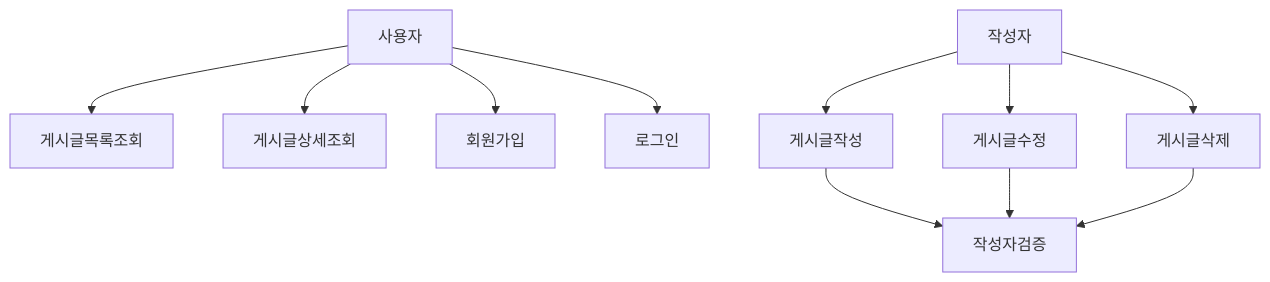
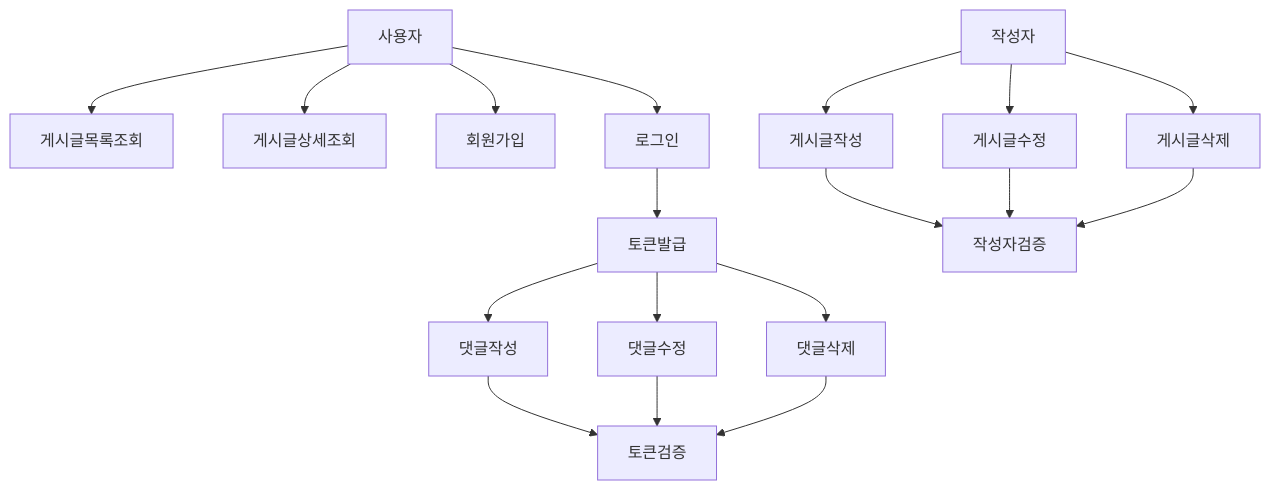
One commit to hanghae-plus-backend-8/prestudy-framework-spring changed the diagram in docs/UseCase.md. Above: the diagram before and after it, drawn with Mermaid.

Commit message:
refactor: 댓글 추가로 인한 유즈케이스 수정

````diff
--- a/docs/UseCase.md
+++ b/docs/UseCase.md
@@ -3,12 +3,15 @@
 ```mermaid
 graph TD;
     사용자 --> 게시글목록조회;
     사용자 --> 게시글상세조회;
     사용자 --> 회원가입;
-    사용자 --> 로그인;
+    사용자 --> 로그인 --> 토큰발급;
+    토큰발급 --> 댓글작성 --> 토큰검증;
+    토큰발급 --> 댓글수정 --> 토큰검증;
+    토큰발급 --> 댓글삭제 --> 토큰검증;
     작성자 --> 게시글작성 --> 작성자검증;
     작성자 --> 게시글수정 --> 작성자검증;
     작성자 --> 게시글삭제 --> 작성자검증;
     
     
 ```
````
